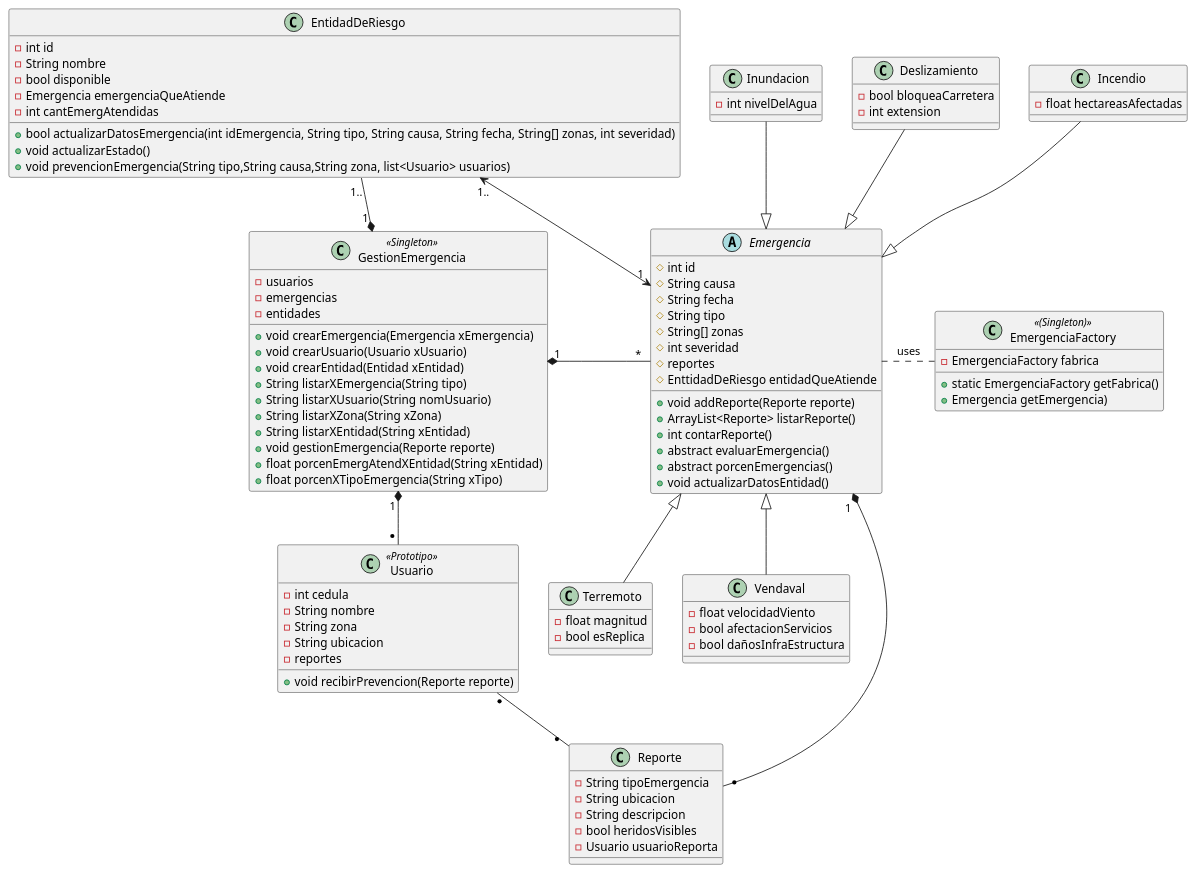
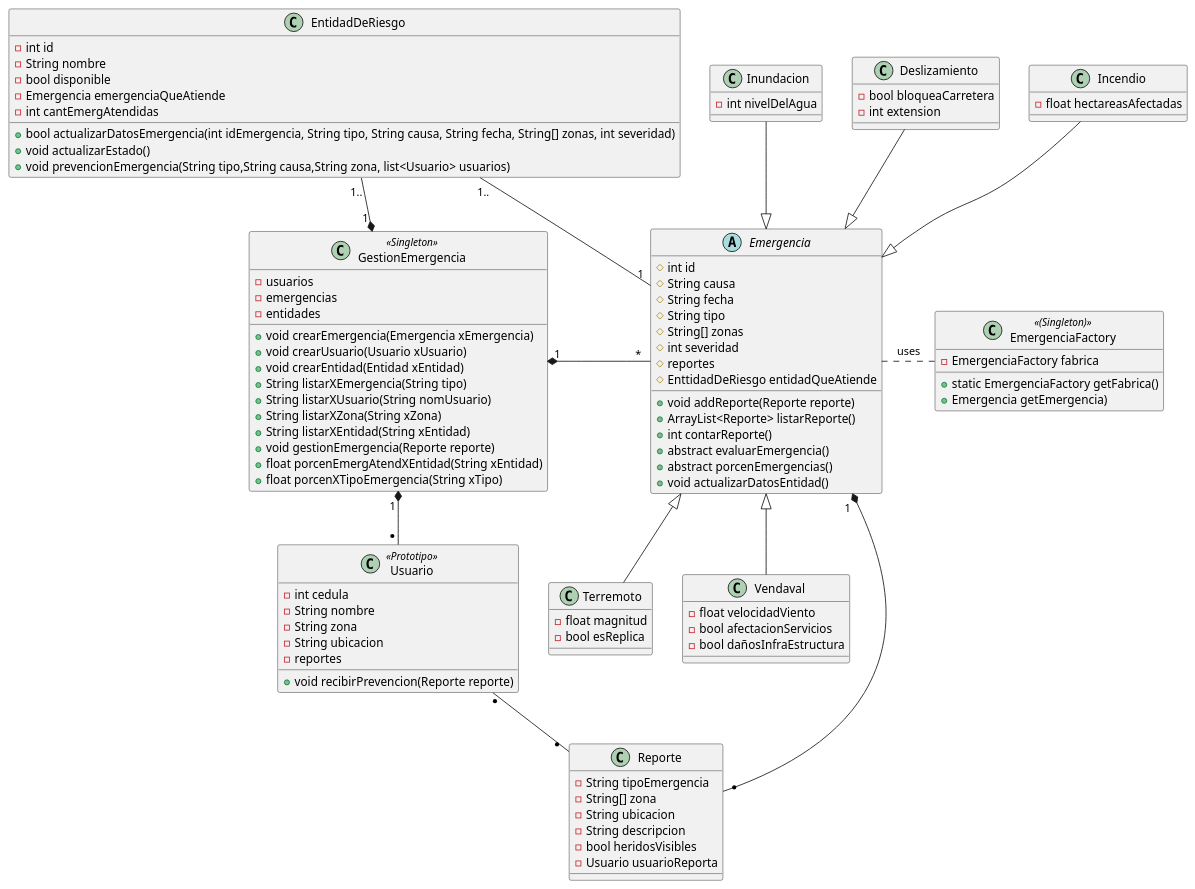
One commit to ruizal20/PROYECTODEPOO changed the diagram in src/sg/modelo/diagramaemergencias.puml. Above: the diagram before and after it, drawn with PlantUML. The commit also changed 19 other files, not shown here.

```diff
--- a/src/sg/modelo/diagramaemergencias.puml
+++ b/src/sg/modelo/diagramaemergencias.puml
@@ -1,113 +1,114 @@
 @startuml
 abstract class Emergencia{
     #int id
     #String causa
     #String fecha
     #String tipo
     #String[] zonas
     #int severidad
     #reportes
     #EnttidadDeRiesgo entidadQueAtiende
 
     +void addReporte(Reporte reporte)
     +ArrayList<Reporte> listarReporte()
     +int contarReporte()
     +abstract evaluarEmergencia()
     +abstract porcenEmergencias()
     +void actualizarDatosEntidad()
     
 }
 
 class EmergenciaFactory<<(Singleton)>>{
     -EmergenciaFactory fabrica
     
     +static EmergenciaFactory getFabrica()
     + Emergencia getEmergencia)
 }
 
 class Inundacion{
     -int nivelDelAgua
 }
 
 class Terremoto{
     -float magnitud
     -bool esReplica
 }
 
 class Deslizamiento{
     -bool bloqueaCarretera
     -int extension
 }
 
 class Incendio{
     -float hectareasAfectadas
 }
 
 class Vendaval{
     -float velocidadViento
     -bool afectacionServicios
     -bool dañosInfraEstructura
 }
 
 class Usuario <<Prototipo>>{
     -int cedula
     -String nombre
     -String zona
     -String ubicacion
     -reportes
 
     +void recibirPrevencion(Reporte reporte)
 }
 
 class EntidadDeRiesgo{
     -int id
     -String nombre
     -bool disponible
     -Emergencia emergenciaQueAtiende
     -int cantEmergAtendidas
 
     +bool actualizarDatosEmergencia(int idEmergencia, String tipo, String causa, String fecha, String[] zonas, int severidad)
     +void actualizarEstado()
     +void prevencionEmergencia(String tipo,String causa,String zona, list<Usuario> usuarios)
 }
 
 class Reporte{
     -String tipoEmergencia
+    -String[] zona
     -String ubicacion
     -String descripcion
     -bool heridosVisibles
     -Usuario usuarioReporta
 }
 
 class GestionEmergencia <<Singleton>>{
     -usuarios
     -emergencias
     -entidades
     
     +void crearEmergencia(Emergencia xEmergencia)
     +void crearUsuario(Usuario xUsuario)
     +void crearEntidad(Entidad xEntidad)
     +String listarXEmergencia(String tipo)
     +String listarXUsuario(String nomUsuario)
     +String listarXZona(String xZona)
     +String listarXEntidad(String xEntidad)
     +void gestionEmergencia(Reporte reporte)
     +float porcenEmergAtendXEntidad(String xEntidad)
     +float porcenXTipoEmergencia(String xTipo)
 }
 
 
 Inundacion --|> Emergencia 
 Terremoto -up-|> Emergencia  
 Deslizamiento --|> Emergencia  
 Incendio --|> Emergencia  
 Vendaval -up-|> Emergencia  
 Reporte "* " -up-* "1  " Emergencia
 Reporte "* " -up- "*  " Usuario
 Emergencia .right.. EmergenciaFactory : uses
-EntidadDeRiesgo "1.." <-up-> "1" Emergencia
+EntidadDeRiesgo "1.." -up- "1" Emergencia
 GestionEmergencia "1 " *-down- "* " Usuario 
 GestionEmergencia "1 " *-right- "  * " Emergencia 
 GestionEmergencia "1 " *-up- "1.." EntidadDeRiesgo 
 
 @enduml
```
